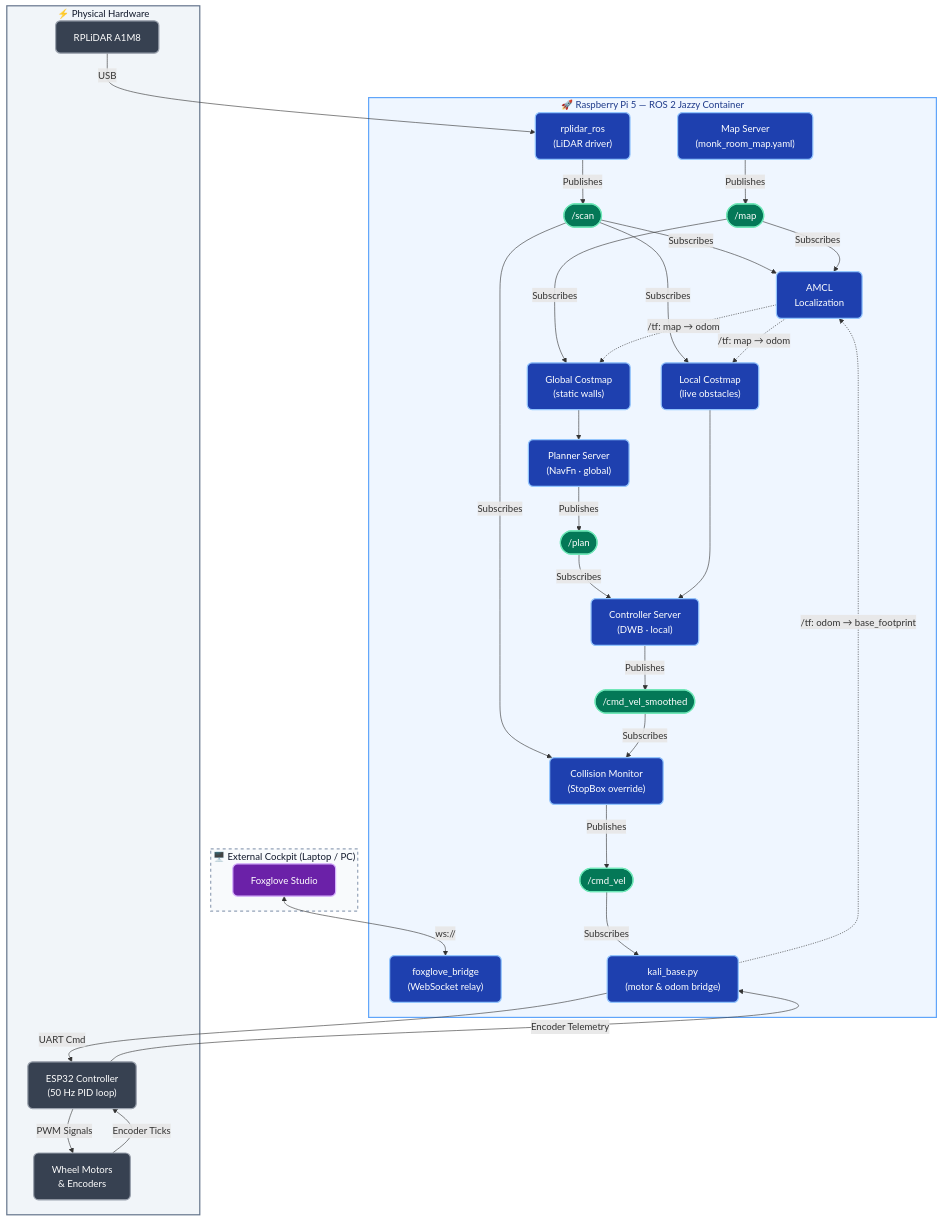
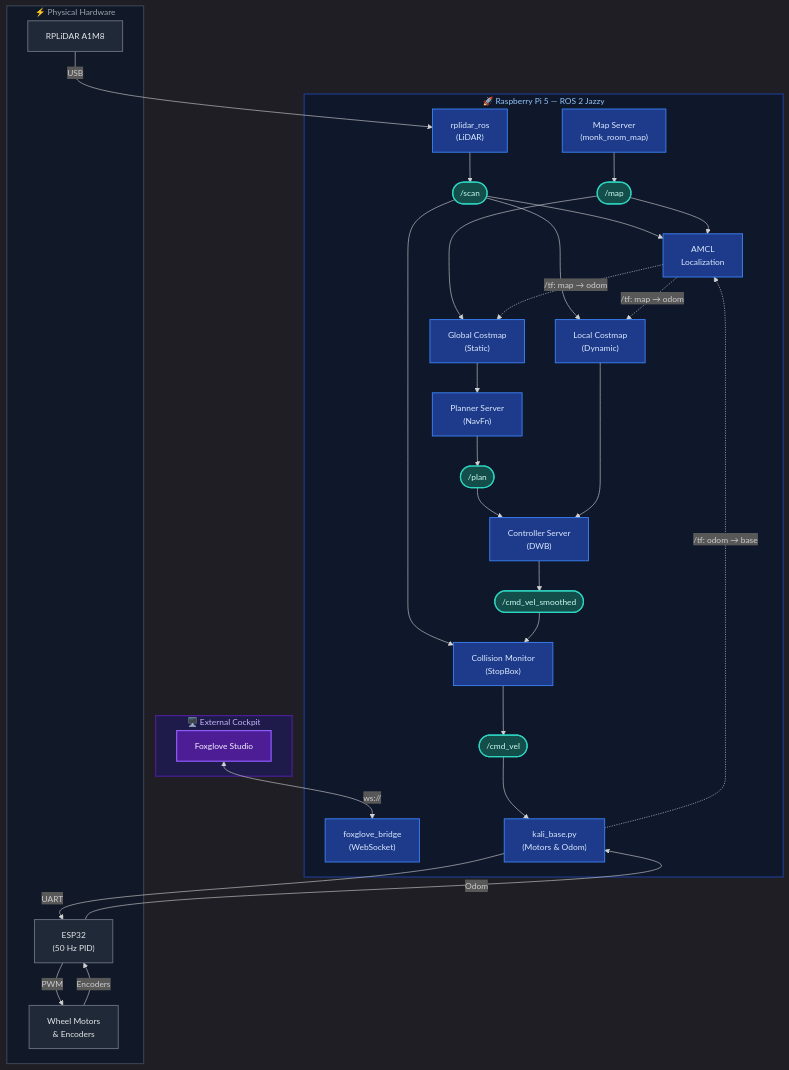
One commit to harshagm665-netizen/amr-nav-stack changed the diagram in README.md. Above: the diagram before and after it, drawn with Mermaid. The commit also changed 1 other file, not shown here.

Commit message:
docs: update architecture diagram to premium dark mode and add html viewer

````diff
--- a/README.md
+++ b/README.md
@@ -34,34 +34,41 @@
 ```mermaid
+%%{init: {'theme': 'dark', 'themeVariables': { 'fontSize': '14px', 'fontFamily': 'Inter, ui-sans-serif, system-ui, sans-serif'}}}%%
 flowchart TB
-    %% Styling Definitions
-    classDef cockpit  fill:#6B21A8,stroke:#D8B4FE,stroke-width:2px,color:#FFFFFF,rx:8,ry:8
-    classDef rosnode  fill:#1E40AF,stroke:#93C5FD,stroke-width:2px,color:#FFFFFF,rx:8,ry:8
-    classDef topic    fill:#047857,stroke:#6EE7B7,stroke-width:2px,color:#FFFFFF,rx:15,ry:15
-    classDef hardware fill:#374151,stroke:#9CA3AF,stroke-width:2px,color:#FFFFFF,rx:8,ry:8
+    %% ==========================================
+    %% Premium Class Definitions (Dark Mode)
+    %% ==========================================
+    classDef cockpit fill:#4c1d95,stroke:#8b5cf6,stroke-width:2px,color:#f5f3ff
+    classDef rosnode fill:#1e3a8a,stroke:#3b82f6,stroke-width:1.5px,color:#dbeafe
+    classDef topic fill:#134e4a,stroke:#2dd4bf,stroke-width:2px,color:#ccfbf1
+    classDef hardware fill:#1f2937,stroke:#6b7280,stroke-width:1.5px,color:#e5e7eb
 
-    %% Cockpit Environment
-    subgraph Cockpit ["🖥️ External Cockpit (Laptop / PC)"]
+    %% ==========================================
+    %% Environments
+    %% ==========================================
+    subgraph Cockpit ["🖥️  External Cockpit "]
         Studio["Foxglove Studio"]:::cockpit
     end
 
-    %% Raspberry Pi Environment
-    subgraph Pi ["🚀 Raspberry Pi 5 — ROS 2 Jazzy Container"]
-        Bridge["foxglove_bridge<br/>(WebSocket relay)"]:::rosnode
+    subgraph Pi ["🚀  Raspberry Pi 5 — ROS 2 Jazzy"]
+        %% Comms
+        Bridge["foxglove_bridge<br/>(WebSocket)"]:::rosnode
         
-        MapSrv["Map Server<br/>(monk_room_map.yaml)"]:::rosnode
+        %% Localization
+        MapSrv["Map Server<br/>(monk_room_map)"]:::rosnode
         AMCL["AMCL<br/>Localization"]:::rosnode
         
-        GCost["Global Costmap<br/>(static walls)"]:::rosnode
-        LCost["Local Costmap<br/>(live obstacles)"]:::rosnode
+        %% Navigation
+        GCost["Global Costmap<br/>(Static)"]:::rosnode
+        LCost["Local Costmap<br/>(Dynamic)"]:::rosnode
+        Planner["Planner Server<br/>(NavFn)"]:::rosnode
+        Ctrl["Controller Server<br/>(DWB)"]:::rosnode
+        CollMon["Collision Monitor<br/>(StopBox)"]:::rosnode
         
-        Planner["Planner Server<br/>(NavFn · global)"]:::rosnode
-        Ctrl["Controller Server<br/>(DWB · local)"]:::rosnode
-        CollMon["Collision Monitor<br/>(StopBox override)"]:::rosnode
+        %% Hardware Interface
+        Base["kali_base.py<br/>(Motors & Odom)"]:::rosnode
+        LidarDrv["rplidar_ros<br/>(LiDAR)"]:::rosnode
         
-        Base["kali_base.py<br/>(motor & odom bridge)"]:::rosnode
-        LidarDrv["rplidar_ros<br/>(LiDAR driver)"]:::rosnode
-        
-        %% Topics as Hubs
+        %% Data Bus (Topics)
         T_Map(["/map"]):::topic
         T_Scan(["/scan"]):::topic
         T_Plan(["/plan"]):::topic
@@ -69,59 +76,57 @@
         T_Cmd(["/cmd_vel"]):::topic
     end
 
-    %% Hardware Environment
-    subgraph HW ["⚡ Physical Hardware"]
+    subgraph HW ["⚡  Physical Hardware "]
         RPLIDAR["RPLiDAR A1M8"]:::hardware
-        ESP32["ESP32 Controller<br/>(50 Hz PID loop)"]:::hardware
+        ESP32["ESP32<br/>(50 Hz PID)"]:::hardware
         Motors["Wheel Motors<br/>& Encoders"]:::hardware
     end
 
     %% ==========================================
-    %% Edge Connections & Pipelines
+    %% Pipelines & Connections
     %% ==========================================
 
-    %% Cockpit ↔ Bridge
+    %% External Link
     Studio <-->|"ws://"| Bridge
 
-    %% Sensor Data Flow
+    %% Sensor Pipeline
     RPLIDAR -->|"USB"| LidarDrv
-    LidarDrv -->|"Publishes"| T_Scan
-    T_Scan -->|"Subscribes"| AMCL
-    T_Scan -->|"Subscribes"| LCost
-    T_Scan -->|"Subscribes"| CollMon
+    LidarDrv --> T_Scan
+    T_Scan --> AMCL
+    T_Scan --> LCost
+    T_Scan --> CollMon
 
     %% Map Pipeline
-    MapSrv -->|"Publishes"| T_Map
-    T_Map -->|"Subscribes"| AMCL
-    T_Map -->|"Subscribes"| GCost
+    MapSrv --> T_Map
+    T_Map --> AMCL
+    T_Map --> GCost
 
-    %% TF / Odom (Coordinate Transforms)
-    Base -.->|"/tf: odom → base_footprint"| AMCL
+    %% TF Tree (Dashed Gold for Coordinate Transforms)
+    Base -.->|"/tf: odom → base"| AMCL
     AMCL -.->|"/tf: map → odom"| GCost
     AMCL -.->|"/tf: map → odom"| LCost
 
-    %% Planning Pipeline
+    %% Planning & Control Pipeline
     GCost --> Planner
-    Planner -->|"Publishes"| T_Plan
-    T_Plan -->|"Subscribes"| Ctrl
+    Planner --> T_Plan
+    T_Plan --> Ctrl
+    
+    LCost --> Ctrl
+    Ctrl --> T_Smooth
+    T_Smooth --> CollMon
+    CollMon --> T_Cmd
+    T_Cmd --> Base
 
-    %% Control Pipeline
-    LCost --> Ctrl
-    Ctrl -->|"Publishes"| T_Smooth
-    T_Smooth -->|"Subscribes"| CollMon
-    CollMon -->|"Publishes"| T_Cmd
-    T_Cmd -->|"Subscribes"| Base
-
-    %% Motor Control Loop
-    Base -->|"UART Cmd"| ESP32
-    ESP32 -->|"Encoder Telemetry"| Base
-    ESP32 -->|"PWM Signals"| Motors
-    Motors -->|"Encoder Ticks"| ESP32
+    %% Actuation Pipeline
+    Base -->|"UART"| ESP32
+    ESP32 -->|"PWM"| Motors
+    Motors -->|"Encoders"| ESP32
+    ESP32 -->|"Odom"| Base
 
     %% ==========================================
-    %% Subgraph Styling
+    %% Premium Subgraph Styling
     %% ==========================================
-    style Cockpit fill:#F8FAFC,stroke:#94A3B8,stroke-width:2px,stroke-dasharray: 5 5,color:#0F172A
-    style Pi fill:#EFF6FF,stroke:#60A5FA,stroke-width:2px,color:#1E3A8A
-    style HW fill:#F1F5F9,stroke:#64748B,stroke-width:2px,color:#0F172A
+    style Cockpit fill:#1e1b4b,stroke:#4c1d95,stroke-width:2px,color:#c4b5fd
+    style Pi fill:#0f172a,stroke:#1e3a8a,stroke-width:2px,color:#93c5fd
+    style HW fill:#111827,stroke:#374151,stroke-width:2px,color:#9ca3af
 ```
````
